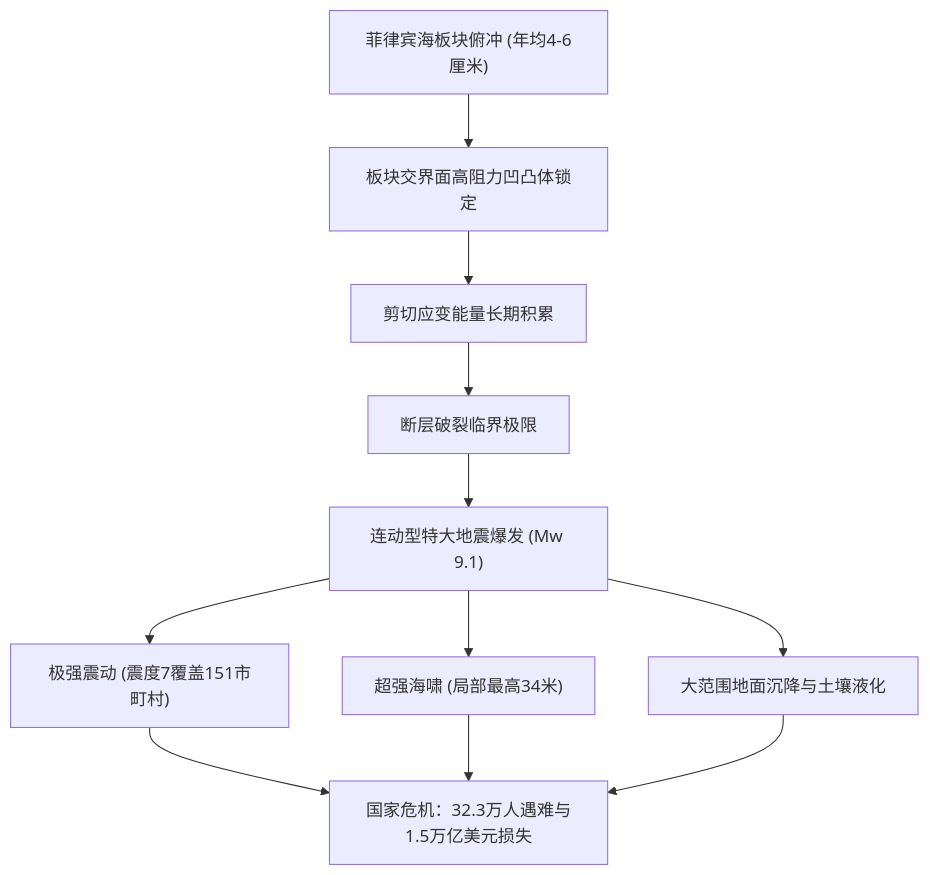
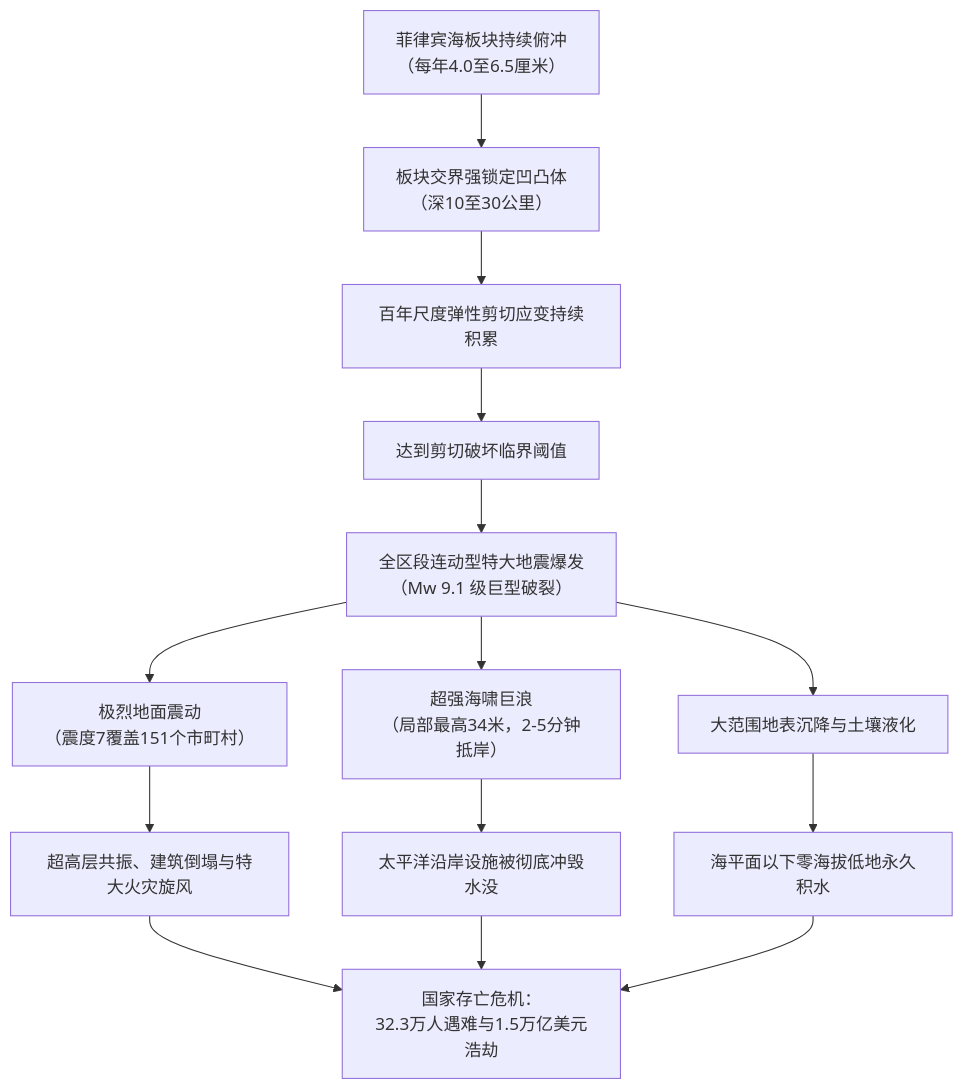
The first of 10 diagrams in content/post/nankai-trough-megathrust-earthquake-scientific-guide-disaster-prevention/index.zh-cn.md (kenjinote/blog), drawn with Mermaid before and after one commit. The commit also changed other lines of this file and 12 other files, not shown here.

````diff
--- a/content/post/nankai-trough-megathrust-earthquake-scientific-guide-disaster-prevention/index.zh-cn.md
+++ b/content/post/nankai-trough-megathrust-earthquake-scientific-guide-disaster-prevention/index.zh-cn.md
@@ -17,13 +27,14 @@
 ```mermaid
 flowchart TD
-    P1["菲律宾海板块俯冲 (年均4-6厘米)"] --> P2["板块交界面高阻力凹凸体锁定"]
-    P2 --> P3["剪切应变能量长期积累"]
-    P3 --> P4["断层破裂临界极限"]
-    P4 --> P5["连动型特大地震爆发 (Mw 9.1)"]
-    P5 --> E1["极强震动 (震度7覆盖151市町村)"]
-    P5 --> E2["超强海啸 (局部最高34米)"]
-    P5 --> E3["大范围地面沉降与土壤液化"]
-    E1 --> TOTAL["国家危机：32.3万人遇难与1.5万亿美元损失"]
-    E2 --> TOTAL
-    E3 --> TOTAL
+    P1["菲律宾海板块持续俯冲<br/>（每年4.0至6.5厘米）"] --> P2["板块交界强锁定凹凸体<br/>（深10至30公里）"]
+    P2 --> P3["百年尺度弹性剪切应变持续积累"]
+    P3 --> P4["达到剪切破坏临界阈值"]
+    P4 --> P5["全区段连动型特大地震爆发<br/>（Mw 9.1 级巨型破裂）"]
+    P5 --> E1["极烈地面震动<br/>（震度7覆盖151个市町村）"]
+    P5 --> E2["超强海啸巨浪<br/>（局部最高34米，2-5分钟抵岸）"]
+    P5 --> E3["大范围地表沉降与土壤液化"]
+    E1 --> D1["超高层共振、建筑倒塌与特大火灾旋风"]
+    E2 --> D2["太平洋沿岸设施被彻底冲毁水没"]
+    E3 --> D3["海平面以下零海拔低地永久积水"]
+    D1 & D2 & D3 --> TOTAL["国家存亡危机：<br/>32.3万人遇难与1.5万亿美元浩劫"]
 ```
````
